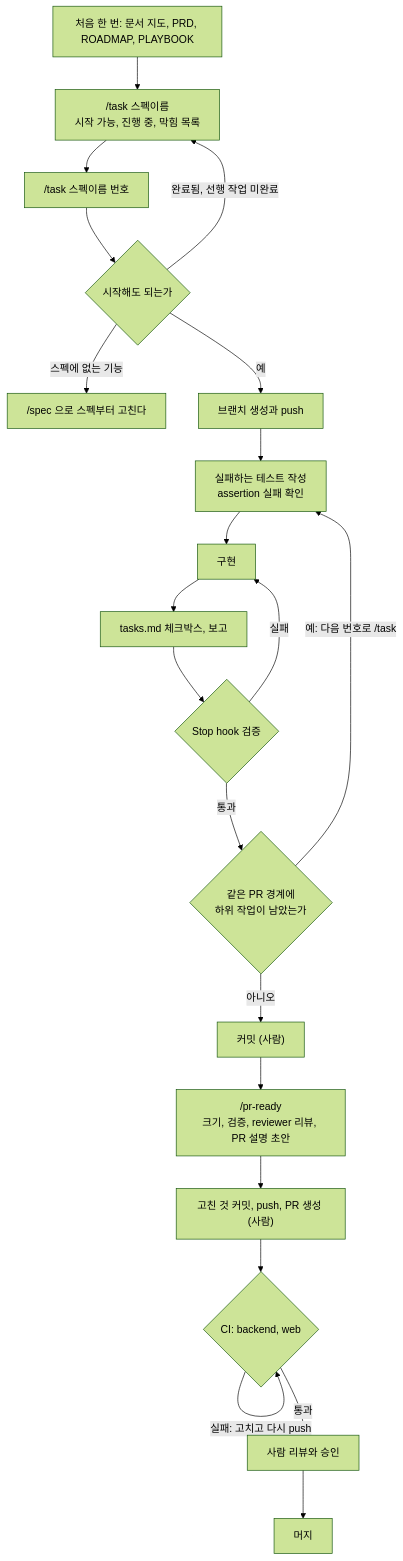
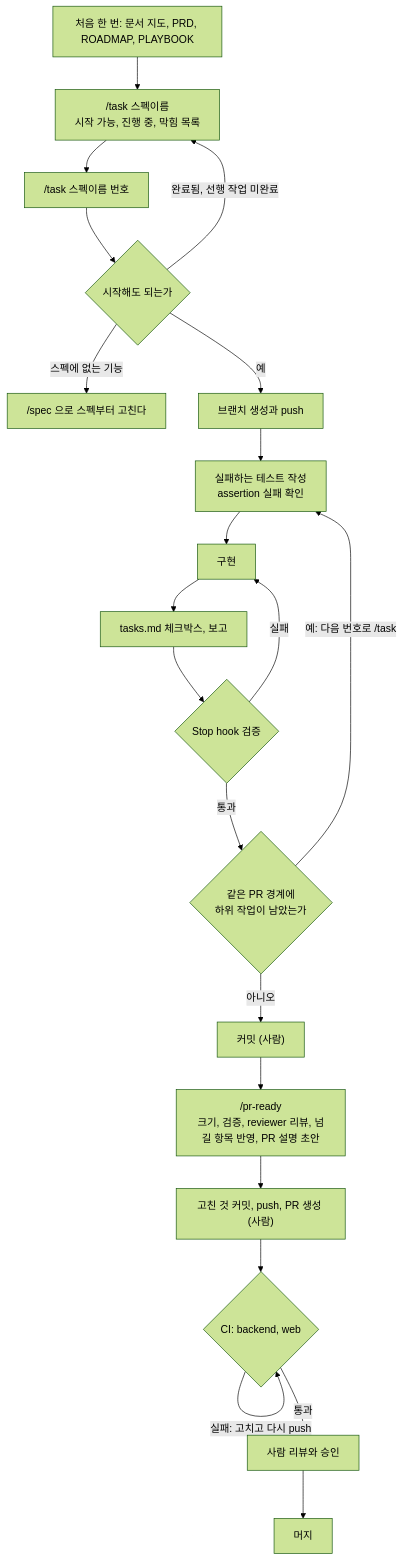
The diagram in docs/guide/task-workflow.md (jjangyeesoo/claude-team-pr-lens), drawn with Mermaid (forest theme) before and after one commit. The commit also changed other lines of this file and 6 other files, not shown here.

````diff
--- a/docs/guide/task-workflow.md
+++ b/docs/guide/task-workflow.md
@@ -29,23 +29,23 @@
 ```mermaid
 flowchart TD
     A["처음 한 번: 문서 지도, PRD, ROADMAP, PLAYBOOK"] --> B["/task 스펙이름<br/>시작 가능, 진행 중, 막힘 목록"]
     B --> C["/task 스펙이름 번호"]
     C --> D{"시작해도 되는가"}
     D -- "완료됨, 선행 작업 미완료" --> B
     D -- "스펙에 없는 기능" --> S["/spec 으로 스펙부터 고친다"]
     D -- "예" --> E["브랜치 생성과 push"]
     E --> F["실패하는 테스트 작성<br/>assertion 실패 확인"]
     F --> G["구현"]
     G --> H["tasks.md 체크박스, 보고"]
     H --> I{"Stop hook 검증"}
     I -- "실패" --> G
     I -- "통과" --> J{"같은 PR 경계에<br/>하위 작업이 남았는가"}
     J -- "예: 다음 번호로 /task" --> F
     J -- "아니오" --> K["커밋 (사람)"]
-    K --> L["/pr-ready<br/>크기, 검증, reviewer 리뷰, PR 설명 초안"]
+    K --> L["/pr-ready<br/>크기, 검증, reviewer 리뷰, 넘길 항목 반영, PR 설명 초안"]
     L --> M["고친 것 커밋, push, PR 생성 (사람)"]
     M --> N{"CI: backend, web"}
     N -- "실패: 고치고 다시 push" --> N
     N -- "통과" --> O["사람 리뷰와 승인"]
     O --> P["머지"]
 ```
````
